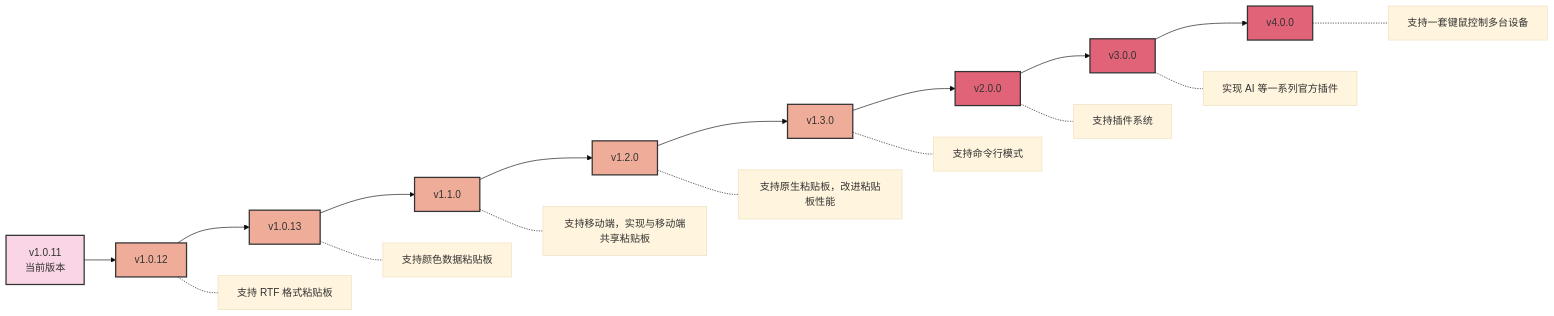
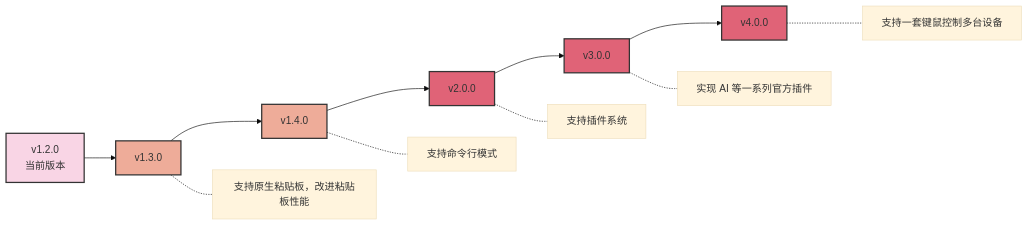
Before and after one commit to CrossPaste/crosspaste-desktop: the diagram in doc/zh/Roadmap.md, drawn with Mermaid (base theme). The commit also changed 3 other files, not shown here.

````diff
--- a/doc/zh/Roadmap.md
+++ b/doc/zh/Roadmap.md
@@ -5,27 +5,21 @@
 ```mermaid
 graph LR
-    A[v1.0.11<br/>当前版本] --> AA[v1.0.12]
-    AA --> AB[v1.0.13]
-    AB --> B[v1.1.0]
-    B --> C[v1.2.0]
-    C --> D[v1.3.0]
+    B[v1.2.0<br/>当前版本] --> C[v1.3.0]
+    C --> D[v1.4.0]
     D --> E[v2.0.0]
     E --> F[v3.0.0]
     F --> G[v4.0.0]
 
-    AA -.- AA1[支持 RTF 格式粘贴板]
-    AB -.- AB1[支持颜色数据粘贴板]
-    B -.- B1[支持移动端，实现与移动端共享粘贴板]
     C -.- C1[支持原生粘贴板，改进粘贴板性能]
     D -.- D1[支持命令行模式]
     E -.- E1[支持插件系统]
     F -.- F1[实现 AI 等一系列官方插件]
     G -.- G2[支持一套键鼠控制多台设备]
 
     classDef current fill:#f9d5e5,stroke:#333,stroke-width:2px
     classDef minor fill:#eeac99,stroke:#333,stroke-width:2px
     classDef major fill:#e06377,stroke:#333,stroke-width:2px
-    class A current
-    class AA,AB,B,C,D minor
+    class B current
+    class C,D minor
     class E,F,G major
 ```
````
